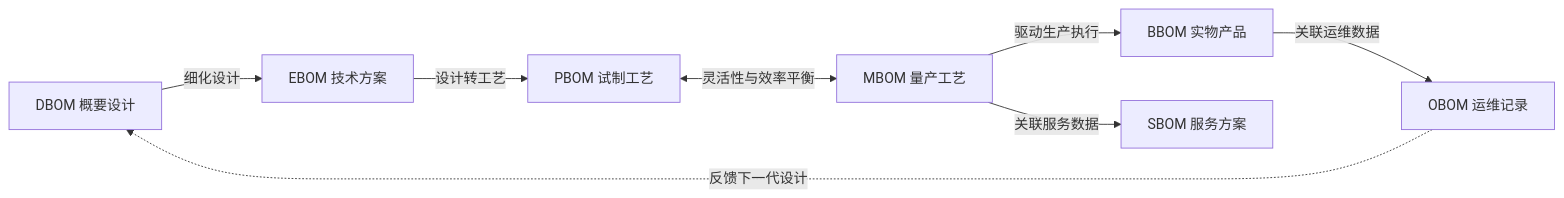
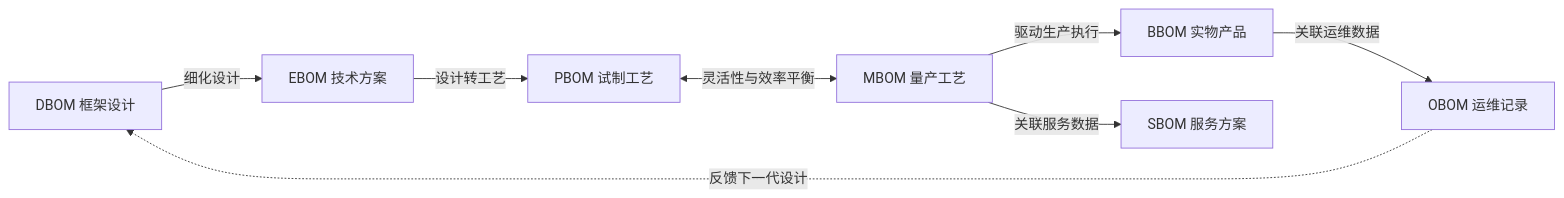
One commit to Yongjunzhou/AOS-system-design changed the diagram in 50-系统工程研究/00-系统工程相关研究报告/20250326-高效研制优质低成本的产品-正向设计.md. Above: the diagram before and after it, drawn with Mermaid. The commit also changed other lines of this file and 60 other files, not shown here.

First line of the commit message:
[AOS-教材] 子项目随链级更名同步：概要→框架、概详→框概、概要设计→框架设计、资产前缀改 bpb/srb·bpl/srl

````diff
--- a/50-系统工程研究/00-系统工程相关研究报告/20250326-高效研制优质低成本的产品-正向设计.md
+++ b/50-系统工程研究/00-系统工程相关研究报告/20250326-高效研制优质低成本的产品-正向设计.md
@@ -74,10 +74,10 @@
 ```mermaid
 flowchart LR
-  DBOM["DBOM 概要设计"] -->|细化设计| EBOM["EBOM 技术方案"]
+  DBOM["DBOM 框架设计"] -->|细化设计| EBOM["EBOM 技术方案"]
   EBOM -->|设计转工艺| PBOM["PBOM 试制工艺"]
   PBOM <-->|灵活性与效率平衡| MBOM["MBOM 量产工艺"]
   MBOM -->|驱动生产执行| BBOM["BBOM 实物产品"]
   MBOM -->|关联服务数据| SBOM["SBOM 服务方案"]
   BBOM -->|关联运维数据| OBOM["OBOM 运维记录"]
   OBOM -.->|反馈下一代设计| DBOM
 ```
````
